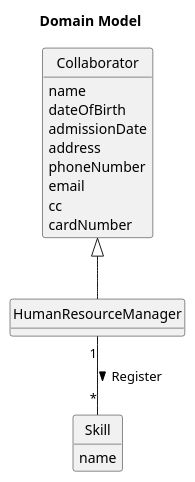
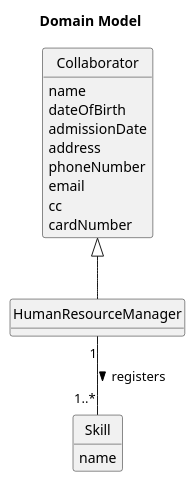
One commit to Departamento-de-Engenharia-Informatica/lei-24-s2-1db-g022 changed the diagram in docs/sprintA/us01/02.analysis/puml/us001-domain-model.puml. Above: the diagram before and after it, drawn with PlantUML.

Commit message:
Partial domain model for US01.

```diff
--- a/docs/sprintA/us01/02.analysis/puml/us001-domain-model.puml
+++ b/docs/sprintA/us01/02.analysis/puml/us001-domain-model.puml
@@ -1,38 +1,37 @@
 @startuml
 skinparam monochrome true
 skinparam packageStyle rectangle
 skinparam shadowing false
 skinparam classAttributeIconSize 0
 hide circle
 hide methods
 
 title Domain Model
 
 
 class Collaborator {
     name
     dateOfBirth
     admissionDate
     address
     phoneNumber
     email
     cc
     cardNumber
-
 }
 
+
 class HumanResourceManager {
-
-
 }
 
 class Skill{
     name
 }
 
 
 Collaborator  <|--  HumanResourceManager
-HumanResourceManager "1" -- "*" Skill : Register >
+
+HumanResourceManager "1" -- "1..*" Skill : registers >
 
 
 @enduml
```
